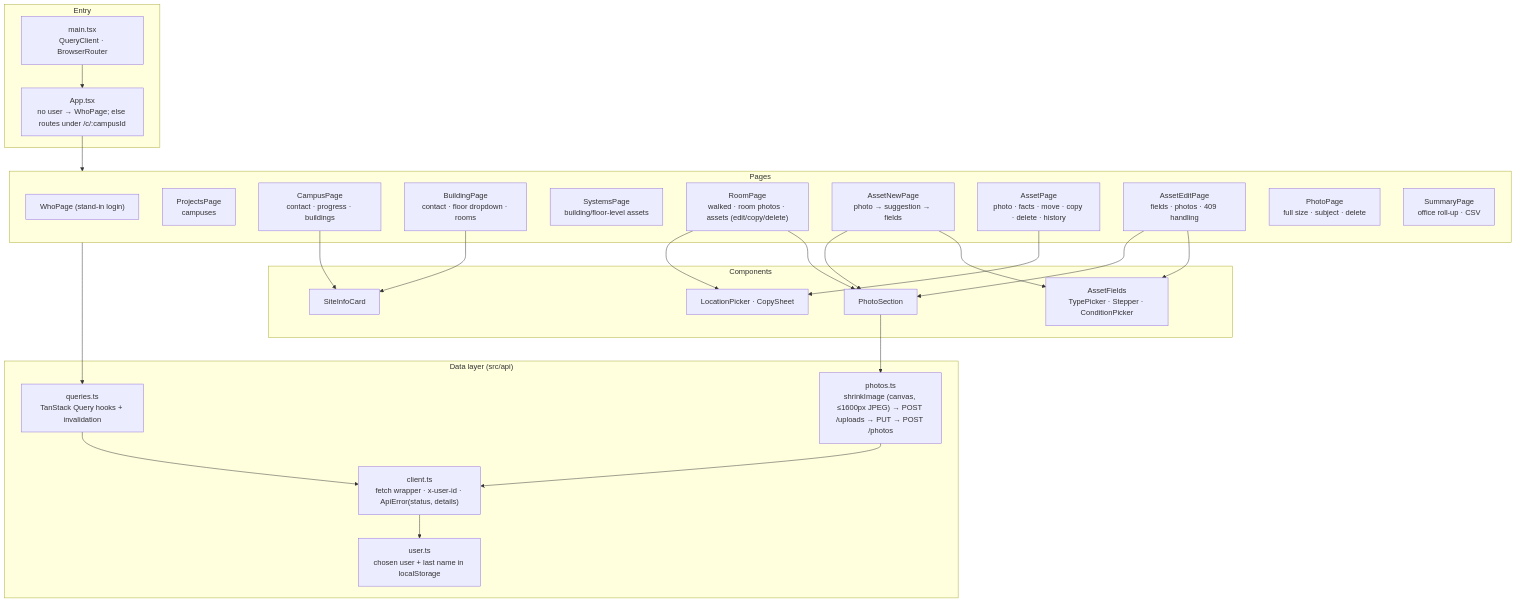
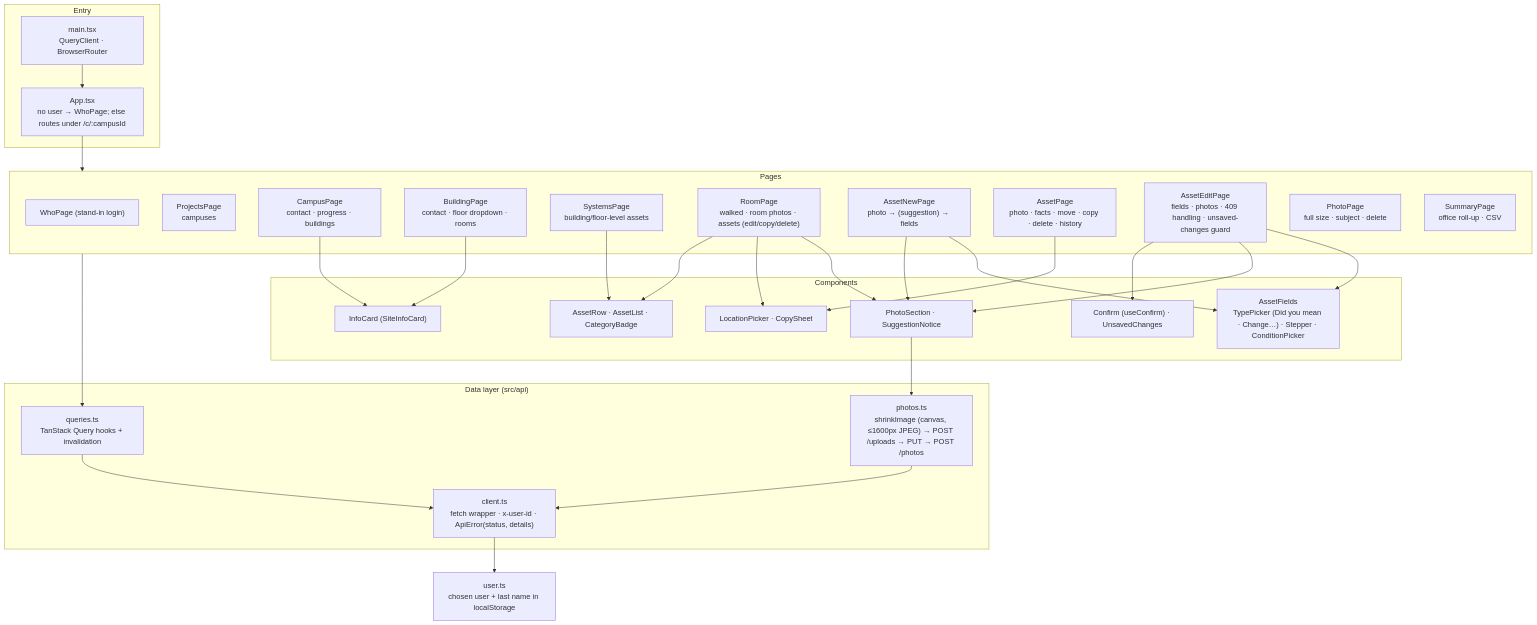
One commit to mcsantiago/vlk-architects-campus-walk changed the sixth of 6 diagrams in docs/architecture.md. Above: the diagram before and after it, drawn with Mermaid. The commit also changed other lines of this file and 4 other files, not shown here.

````diff
--- a/docs/architecture.md
+++ b/docs/architecture.md
@@ -296,44 +203,48 @@
 ```mermaid
 flowchart TB
   subgraph entry["Entry"]
     main["main.tsx\nQueryClient · BrowserRouter"]
     app["App.tsx\nno user → WhoPage; else routes under /c/:campusId"]
   end
 
   subgraph data["Data layer (src/api)"]
     client["client.ts\nfetch wrapper · x-user-id · ApiError(status, details)"]
     queries["queries.ts\nTanStack Query hooks + invalidation"]
     photos["photos.ts\nshrinkImage (canvas, ≤1600px JPEG) → POST /uploads → PUT → POST /photos"]
-    user["user.ts\nchosen user + last name in localStorage"]
   end
+  user["user.ts\nchosen user + last name in localStorage"]
 
   subgraph pages["Pages"]
     who["WhoPage (stand-in login)"]
     projects["ProjectsPage\ncampuses"]
     campus["CampusPage\ncontact · progress · buildings"]
     building["BuildingPage\ncontact · floor dropdown · rooms"]
     systems["SystemsPage\nbuilding/floor-level assets"]
     room["RoomPage\nwalked · room photos · assets (edit/copy/delete)"]
-    anew["AssetNewPage\nphoto → suggestion → fields"]
+    anew["AssetNewPage\nphoto → (suggestion) → fields"]
     asset["AssetPage\nphoto · facts · move · copy · delete · history"]
-    aedit["AssetEditPage\nfields · photos · 409 handling"]
+    aedit["AssetEditPage\nfields · photos · 409 handling · unsaved-changes guard"]
     photo["PhotoPage\nfull size · subject · delete"]
     summary["SummaryPage\noffice roll-up · CSV"]
   end
 
   subgraph comps["Components"]
-    fields["AssetFields\nTypePicker · Stepper · ConditionPicker"]
+    fields["AssetFields\nTypePicker (Did you mean · Change…) · Stepper · ConditionPicker"]
     loc["LocationPicker · CopySheet"]
-    psec["PhotoSection"]
-    info["SiteInfoCard"]
+    psec["PhotoSection · SuggestionNotice"]
+    info["InfoCard (SiteInfoCard)"]
+    rows["AssetRow · AssetList · CategoryBadge"]
+    guard["Confirm (useConfirm) · UnsavedChanges"]
   end
 
   main --> app --> pages
   pages --> queries --> client
   anew & aedit --> fields & psec
   room --> psec
   asset & room --> loc
   campus & building --> info
+  room & systems --> rows
+  aedit --> guard
   psec --> photos --> client
   client --> user
 ```
````
